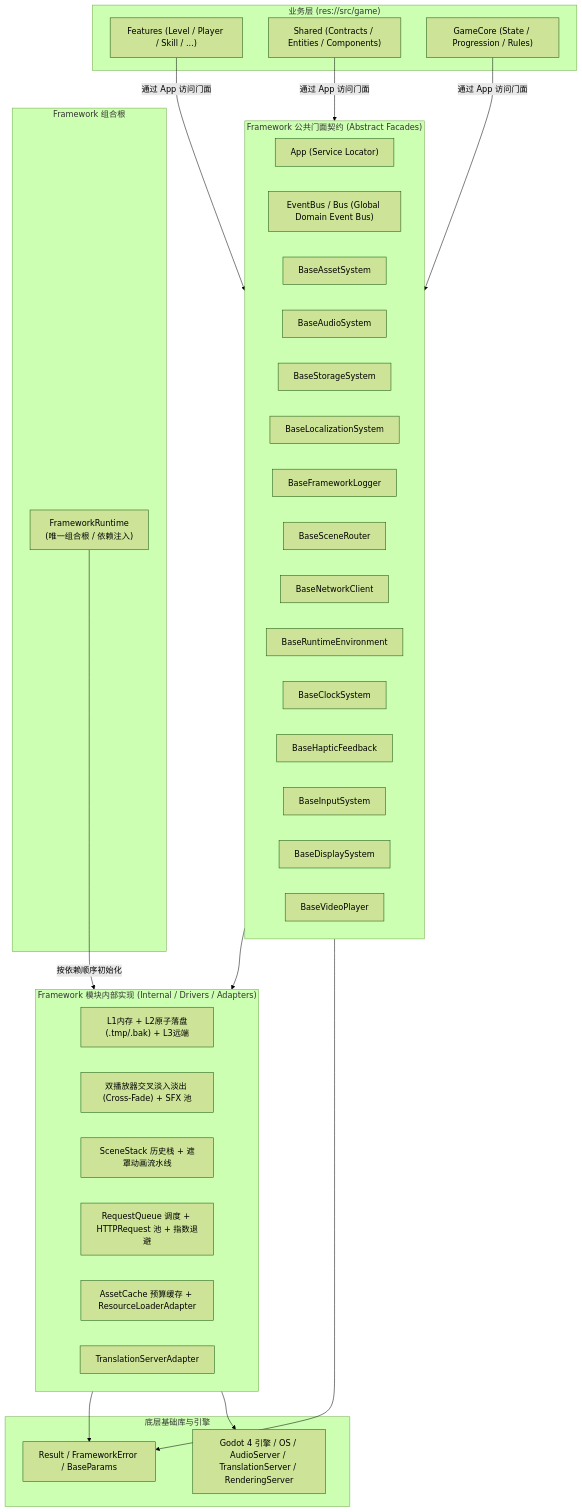
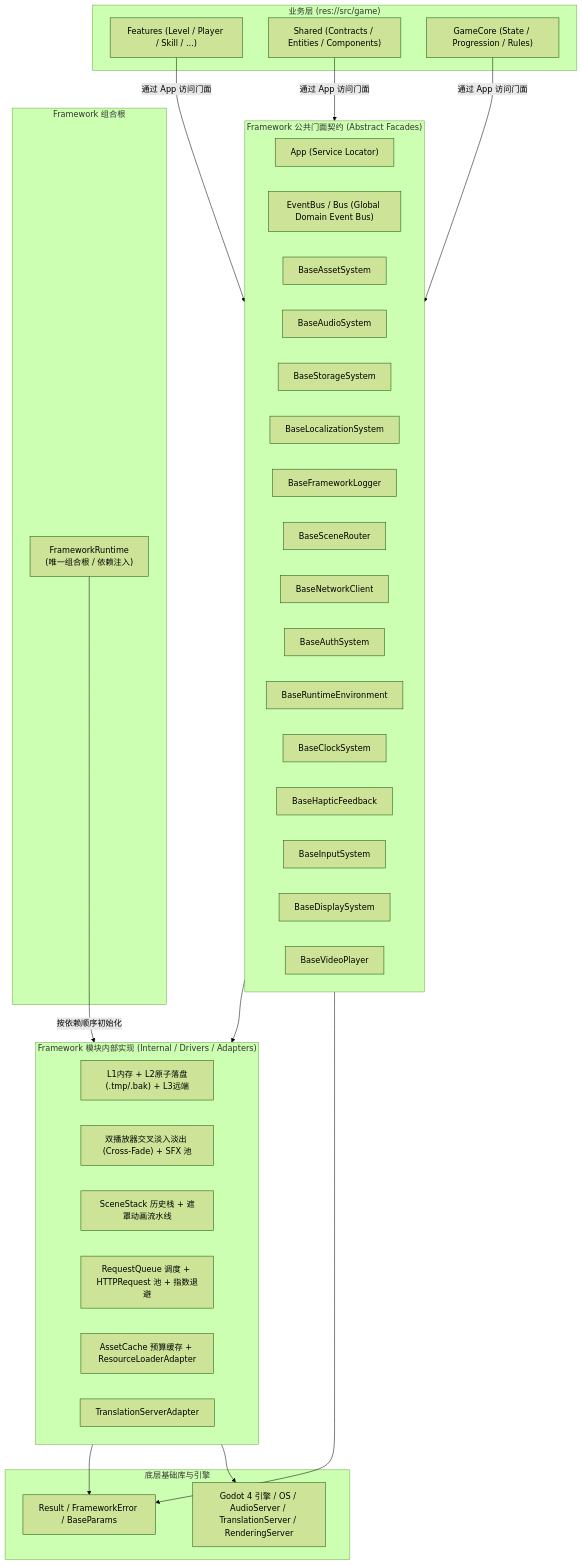
Before and after one commit to krace-tx/slacker-survivors: the diagram in src/framework/_doc_framework.md, drawn with Mermaid (forest theme). The commit also changed other lines of this file and 141 other files, not shown here.

````diff
--- a/src/framework/_doc_framework.md
+++ b/src/framework/_doc_framework.md
@@ -18,53 +18,54 @@
 ```mermaid
 flowchart TD
 		subgraph GameLayer["业务层 (res://src/game)"]
 		Features["Features (Level / Player / Skill / ...)"]
 		Shared["Shared (Contracts / Entities / Components)"]
 		Core["GameCore (State / Progression / Rules)"]
 	end
 
 	subgraph FrameworkFacades["Framework 公共门面契约 (Abstract Facades)"]
 		AppLocator["App (Service Locator)"]
 		EventBus["EventBus / Bus (Global Domain Event Bus)"]
 		AssetFace["BaseAssetSystem"]
 		AudioFace["BaseAudioSystem"]
 		StorageFace["BaseStorageSystem"]
 		LocaleFace["BaseLocalizationSystem"]
 		LogFace["BaseFrameworkLogger"]
 		SceneFace["BaseSceneRouter"]
 		NetFace["BaseNetworkClient"]
+		AuthFace["BaseAuthSystem"]
 		EnvFace["BaseRuntimeEnvironment"]
 		ClockFace["BaseClockSystem"]
 		HapticFace["BaseHapticFeedback"]
 		InputFace["BaseInputSystem"]
 		DisplayFace["BaseDisplaySystem"]
 		VideoFace["BaseVideoPlayer"]
 	end
 
 	subgraph FrameworkInternal["Framework 模块内部实现 (Internal / Drivers / Adapters)"]
 		StorageImpl["L1内存 + L2原子落盘(.tmp/.bak) + L3远端"]
 		AudioImpl["双播放器交叉淡入淡出 (Cross-Fade) + SFX 池"]
 		SceneImpl["SceneStack 历史栈 + 遮罩动画流水线"]
 		NetImpl["RequestQueue 调度 + HTTPRequest 池 + 指数退避"]
 		AssetImpl["AssetCache 预算缓存 + ResourceLoaderAdapter"]
 		LocaleImpl["TranslationServerAdapter"]
 	end
 
 	subgraph CompositionRoot["Framework 组合根"]
 		Runtime["FrameworkRuntime\n(唯一组合根 / 依赖注入)"]
 	end
 
 	subgraph Foundation["底层基础库与引擎"]
 		CoreFoundation["Result / FrameworkError / BaseParams"]
 		Engine["Godot 4 引擎 / OS / AudioServer / TranslationServer / RenderingServer"]
 	end
 
 	Features -->|通过 App 访问门面| FrameworkFacades
 	Shared -->|通过 App 访问门面| FrameworkFacades
 	Core -->|通过 App 访问门面| FrameworkFacades
 	Runtime -->|按依赖顺序初始化| FrameworkInternal
 	FrameworkFacades --> FrameworkInternal
 	FrameworkFacades --> CoreFoundation
 	FrameworkInternal --> CoreFoundation
 	FrameworkInternal --> Engine
 ```
````
